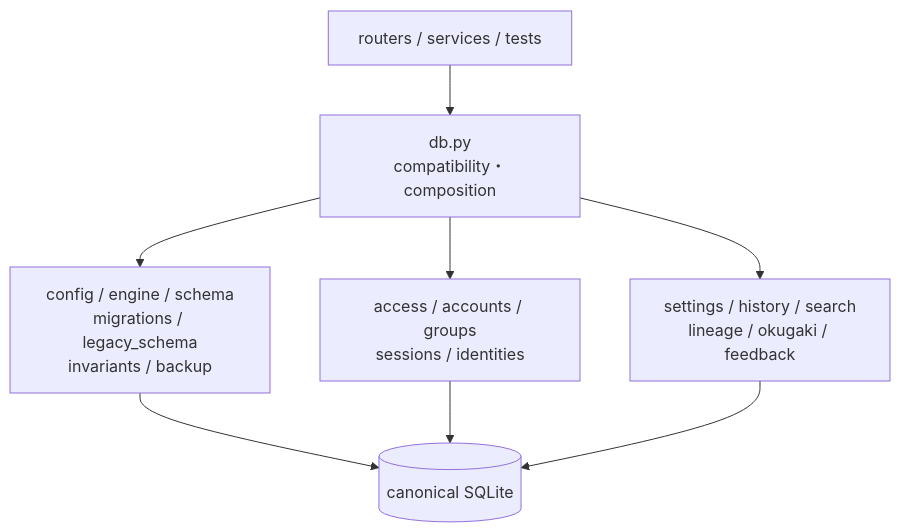
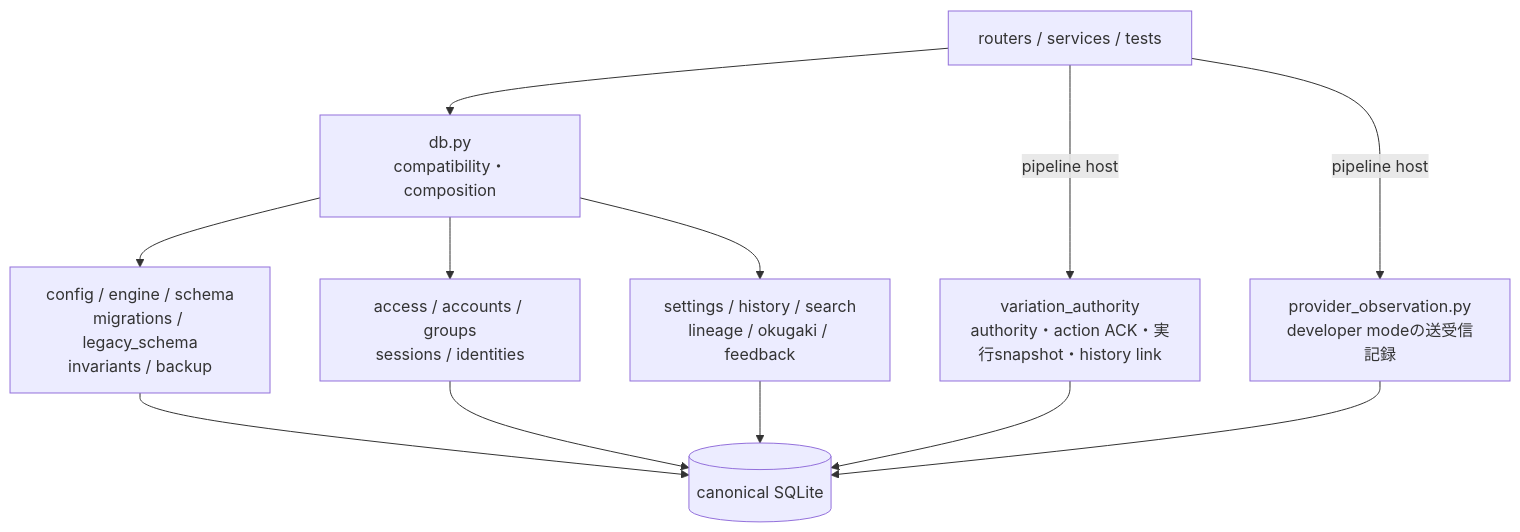
The third of 5 diagrams in docs/architecture/server-components.ja.md (oikawas/inku-lang), drawn with Mermaid before and after one commit. The commit also changed other lines of this file and 27 other files, not shown here.

First line of the commit message:
Update architecture documents for the shared Rust pipeline

````diff
--- a/docs/architecture/server-components.ja.md
+++ b/docs/architecture/server-components.ja.md
@@ -103,17 +108,23 @@
 ```mermaid
 flowchart TD
     CALLERS["routers / services / tests"]
     FACADE["db.py\ncompatibility・composition"]
     STARTUP["config / engine / schema\nmigrations / legacy_schema\ninvariants / backup"]
     SECURITY["access / accounts / groups\nsessions / identities"]
     PRODUCT["settings / history / search\nlineage / okugaki / feedback"]
+    AUTHORITY["variation_authority\nauthority・action ACK・実行snapshot・history link"]
+    OBSERVATION["provider_observation.py\ndeveloper modeの送受信記録"]
     SQLITE[("canonical SQLite")]
 
     CALLERS --> FACADE
     FACADE --> STARTUP
     FACADE --> SECURITY
     FACADE --> PRODUCT
+    CALLERS -->|"pipeline host"| AUTHORITY
+    CALLERS -->|"pipeline host"| OBSERVATION
     STARTUP --> SQLITE
     SECURITY --> SQLITE
     PRODUCT --> SQLITE
+    AUTHORITY --> SQLITE
+    OBSERVATION --> SQLITE
 ```
````
